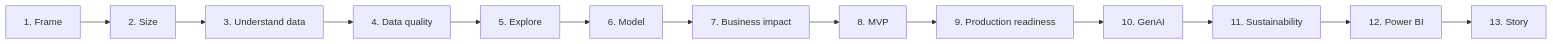
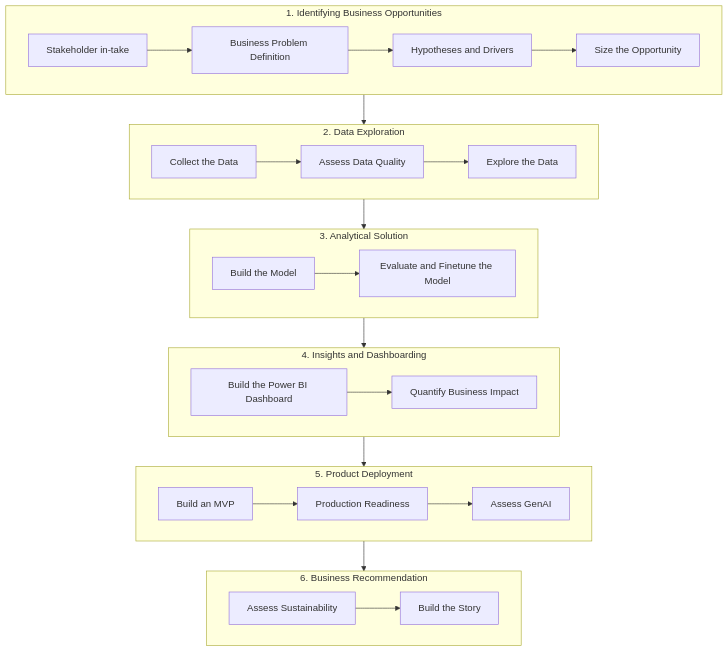
The diagram in docs/project-guide/deep-dive.md (godatadriven/academy-capstone-banking), drawn with Mermaid before and after one commit. The commit also changed other lines of this file and 41 other files, not shown here.

````diff
--- a/docs/project-guide/deep-dive.md
+++ b/docs/project-guide/deep-dive.md
@@ -17,7 +17,29 @@
 ```mermaid
-flowchart LR
-    S1[1. Frame] --> S2[2. Size] --> S3[3. Understand data] --> S4[4. Data quality]
-    S4 --> S5[5. Explore] --> S6[6. Model] --> S7[7. Business impact]
-    S7 --> S8[8. MVP] --> S9[9. Production readiness] --> S10[10. GenAI]
-    S10 --> S11[11. Sustainability] --> S12[12. Power BI] --> S13[13. Story]
+flowchart TD
+    subgraph G1["1. Identifying Business Opportunities"]
+        direction LR
+        A1[Stakeholder in-take] --> A2[Business Problem Definition] --> A3[Hypotheses and Drivers] --> A4[Size the Opportunity]
+    end
+    subgraph G2["2. Data Exploration"]
+        direction LR
+        B1[Collect the Data] --> B2[Assess Data Quality] --> B3[Explore the Data]
+    end
+    subgraph G3["3. Analytical Solution"]
+        direction LR
+        C1[Build the Model] --> C2[Evaluate and Finetune the Model]
+    end
+    subgraph G4["4. Insights and Dashboarding"]
+        direction LR
+        D1[Build the Power BI Dashboard] --> D2[Quantify Business Impact]
+    end
+    subgraph G5["5. Product Deployment"]
+        direction LR
+        E1[Build an MVP] --> E2[Production Readiness] --> E3[Assess GenAI]
+    end
+    subgraph G6["6. Business Recommendation"]
+        direction LR
+        F1[Assess Sustainability] --> F2[Build the Story]
+    end
+
+    G1 --> G2 --> G3 --> G4 --> G5 --> G6
 ```
````
